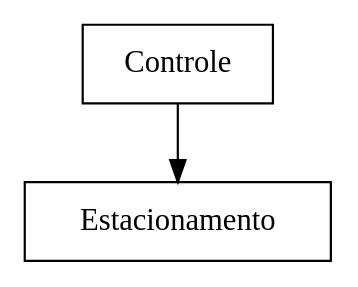
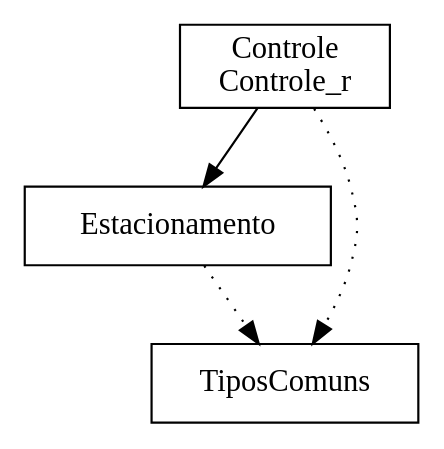
Before and after one commit to ciromdrs/mch_estacionamento: the diagram in Estacionamento/bdp/Estacionamento.dot, drawn with Graphviz. The commit also changed 40 other files, not shown here.

```diff
--- a/Estacionamento/bdp/Estacionamento.dot
+++ b/Estacionamento/bdp/Estacionamento.dot
@@ -1,6 +1,9 @@
 digraph {
-Controle [ label=" Controle " shape= box ]
+Controle_r [ label=" Controle\nControle_r " shape= box ]
 Estacionamento [ label=" Estacionamento " shape= box ]
+TiposComuns [ label=" TiposComuns " shape= box ]
 
-"Controle" -> "Estacionamento" []
+"Controle_r" -> "TiposComuns" [style= dotted ]
+"Controle_r" -> "Estacionamento" []
+"Estacionamento" -> "TiposComuns" [style= dotted ]
 }
```
